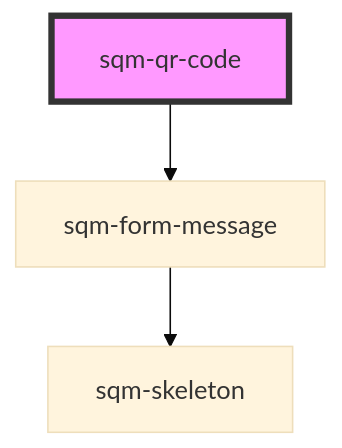
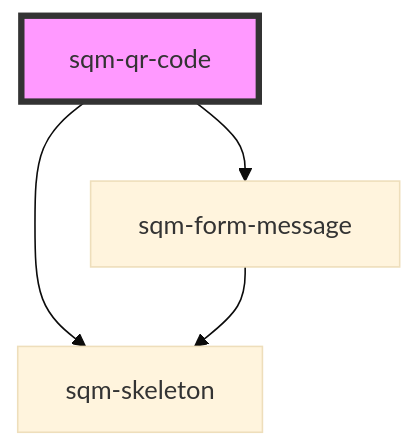
One commit to saasquatch/program-tools changed the diagram in packages/mint-components/src/components/sqm-qr-code/readme.md. Above: the diagram before and after it, drawn with Mermaid (base theme). The commit also changed other lines of this file and 15 other files, not shown here.

````diff
--- a/packages/mint-components/src/components/sqm-qr-code/readme.md
+++ b/packages/mint-components/src/components/sqm-qr-code/readme.md
@@ -30,6 +31,7 @@
 ```mermaid
 graph TD;
+  sqm-qr-code --> sqm-skeleton
   sqm-qr-code --> sqm-form-message
   sqm-form-message --> sqm-skeleton
   style sqm-qr-code fill:#f9f,stroke:#333,stroke-width:4px
 ```
````
